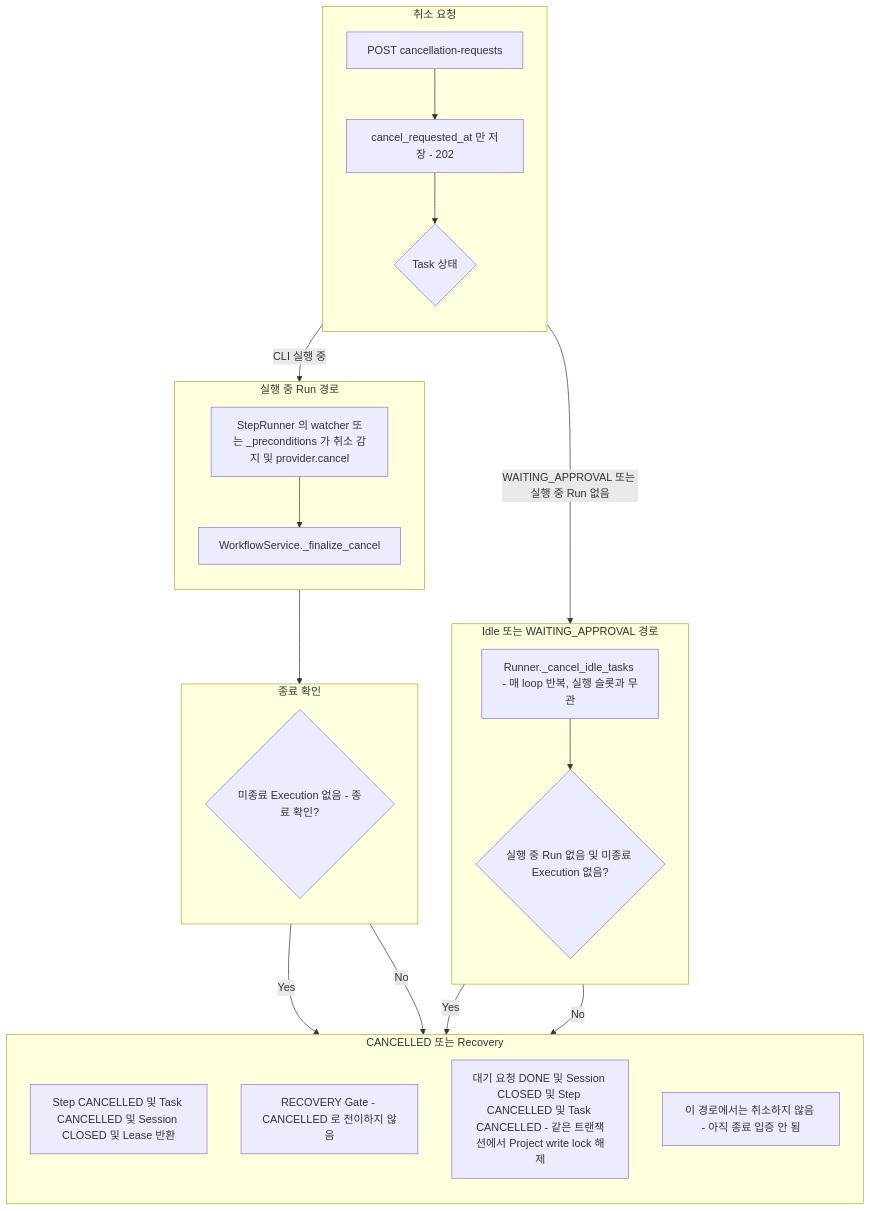
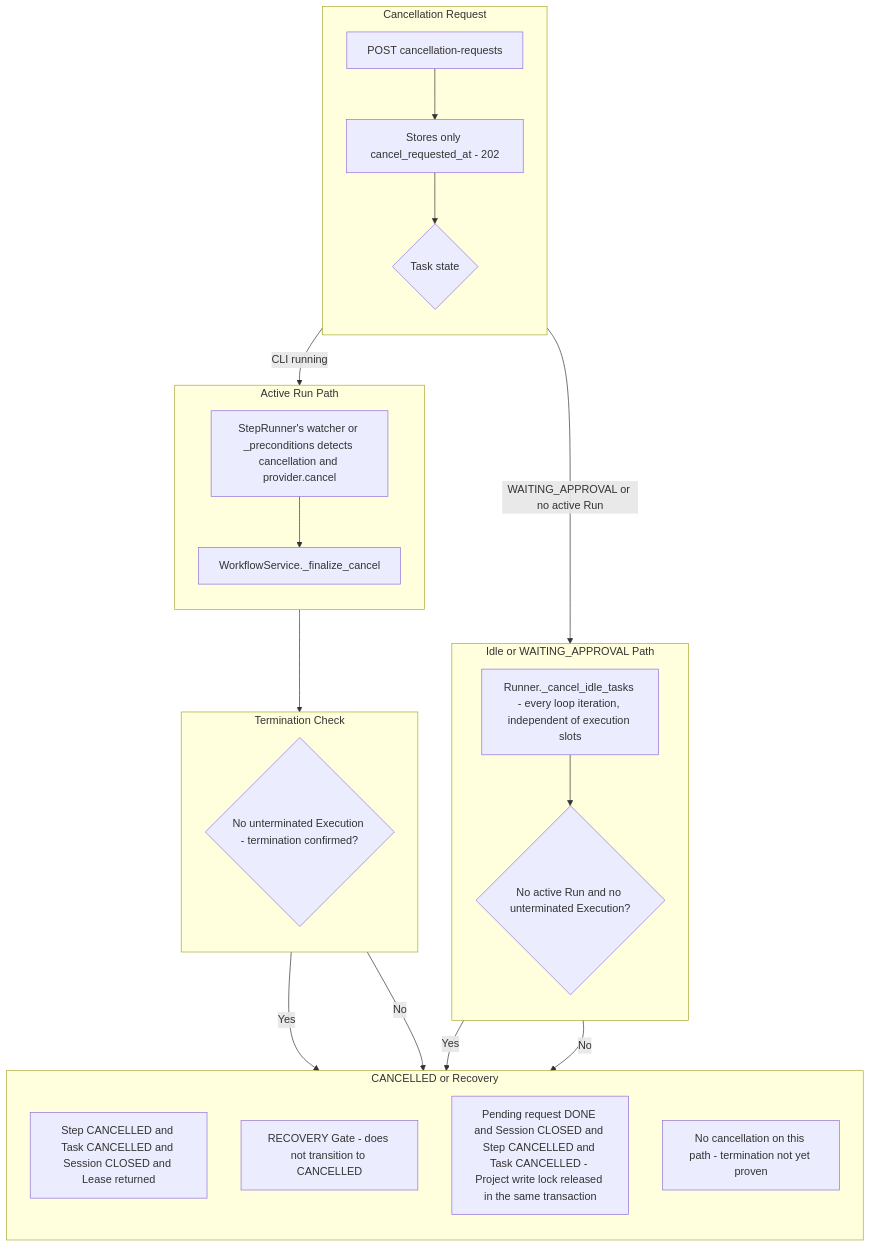
The first of 4 diagrams in docs/workflow/11-task-lifecycle.md (mdgome/orchestra-ai), drawn with Mermaid before and after one commit. The commit also changed other lines of this file and 31 other files, not shown here.

````diff
--- a/docs/workflow/11-task-lifecycle.md
+++ b/docs/workflow/11-task-lifecycle.md
@@ -11,40 +13,40 @@
 ```mermaid
 flowchart TD
-    subgraph REQUEST["취소 요청"]
+    subgraph REQUEST["Cancellation Request"]
         direction TB
-        A["POST cancellation-requests"] --> B["cancel_requested_at 만 저장 - 202"]
-        B --> C{"Task 상태"}
+        A["POST cancellation-requests"] --> B["Stores only cancel_requested_at - 202"]
+        B --> C{"Task state"}
     end
 
-    subgraph RUNNING["실행 중 Run 경로"]
+    subgraph RUNNING["Active Run Path"]
         direction TB
-        D["StepRunner 의 watcher 또는 _preconditions 가 취소 감지 및 provider.cancel"]
+        D["StepRunner's watcher or _preconditions detects cancellation and provider.cancel"]
         D --> E["WorkflowService._finalize_cancel"]
     end
 
-    subgraph IDLE["Idle 또는 WAITING_APPROVAL 경로"]
+    subgraph IDLE["Idle or WAITING_APPROVAL Path"]
         direction TB
-        I["Runner._cancel_idle_tasks - 매 loop 반복, 실행 슬롯과 무관"] --> J{"실행 중 Run 없음 및 미종료 Execution 없음?"}
+        I["Runner._cancel_idle_tasks - every loop iteration, independent of execution slots"] --> J{"No active Run and no unterminated Execution?"}
     end
 
-    subgraph CONFIRM["종료 확인"]
+    subgraph CONFIRM["Termination Check"]
         direction TB
-        F{"미종료 Execution 없음 - 종료 확인?"}
+        F{"No unterminated Execution - termination confirmed?"}
     end
 
-    subgraph RESULT["CANCELLED 또는 Recovery"]
+    subgraph RESULT["CANCELLED or Recovery"]
         direction TB
-        G["Step CANCELLED 및 Task CANCELLED 및 Session CLOSED 및 Lease 반환"]
-        H["RECOVERY Gate - CANCELLED 로 전이하지 않음"]
-        K["대기 요청 DONE 및 Session CLOSED 및 Step CANCELLED 및 Task CANCELLED - 같은 트랜잭션에서 Project write lock 해제"]
-        L["이 경로에서는 취소하지 않음 - 아직 종료 입증 안 됨"]
+        G["Step CANCELLED and Task CANCELLED and Session CLOSED and Lease returned"]
+        H["RECOVERY Gate - does not transition to CANCELLED"]
+        K["Pending request DONE and Session CLOSED and Step CANCELLED and Task CANCELLED - Project write lock released in the same transaction"]
+        L["No cancellation on this path - termination not yet proven"]
     end
 
-    C -->|"CLI 실행 중"| D
-    C -->|"WAITING_APPROVAL 또는 실행 중 Run 없음"| I
+    C -->|"CLI running"| D
+    C -->|"WAITING_APPROVAL or no active Run"| I
     E --> F
     F -->|"Yes"| G
     F -->|"No"| H
     J -->|"Yes"| K
     J -->|"No"| L
 ```
````
